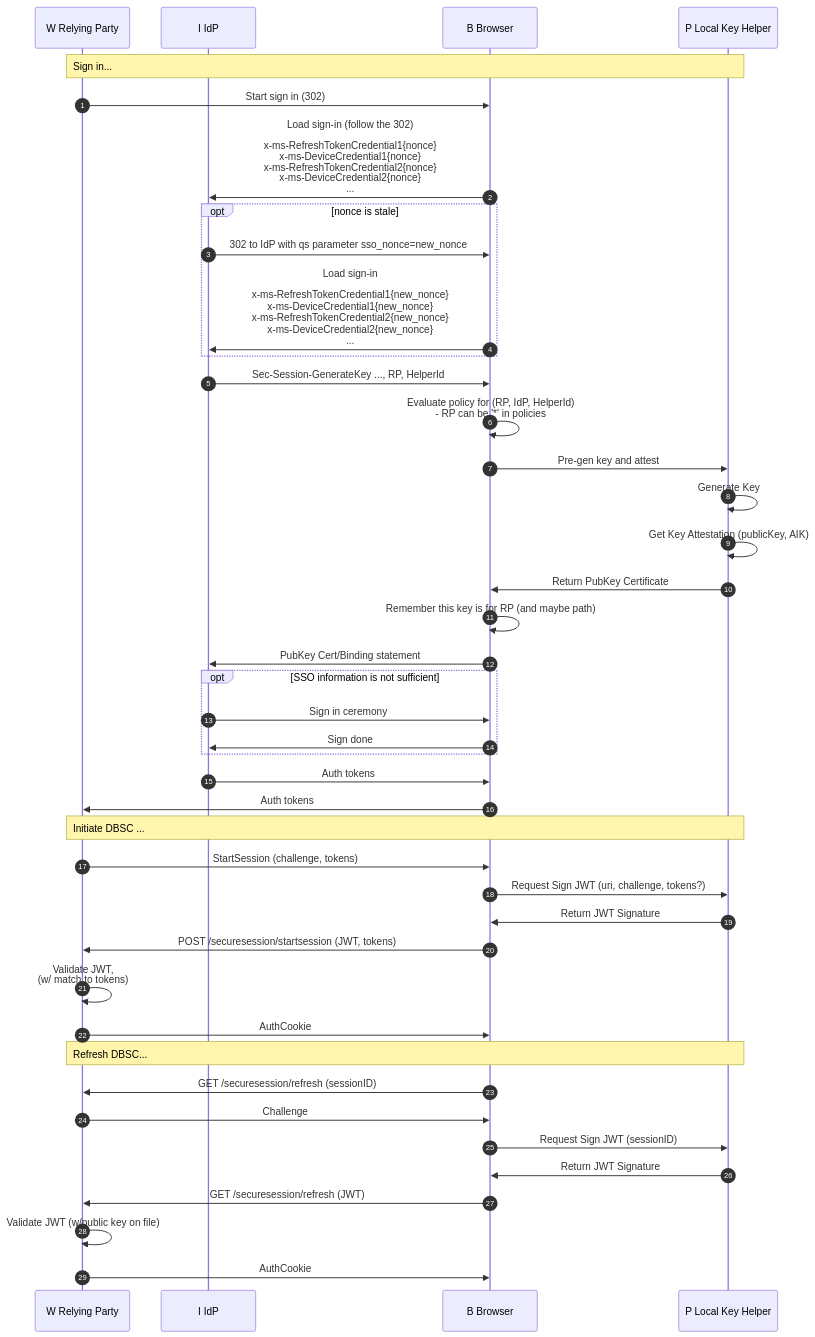
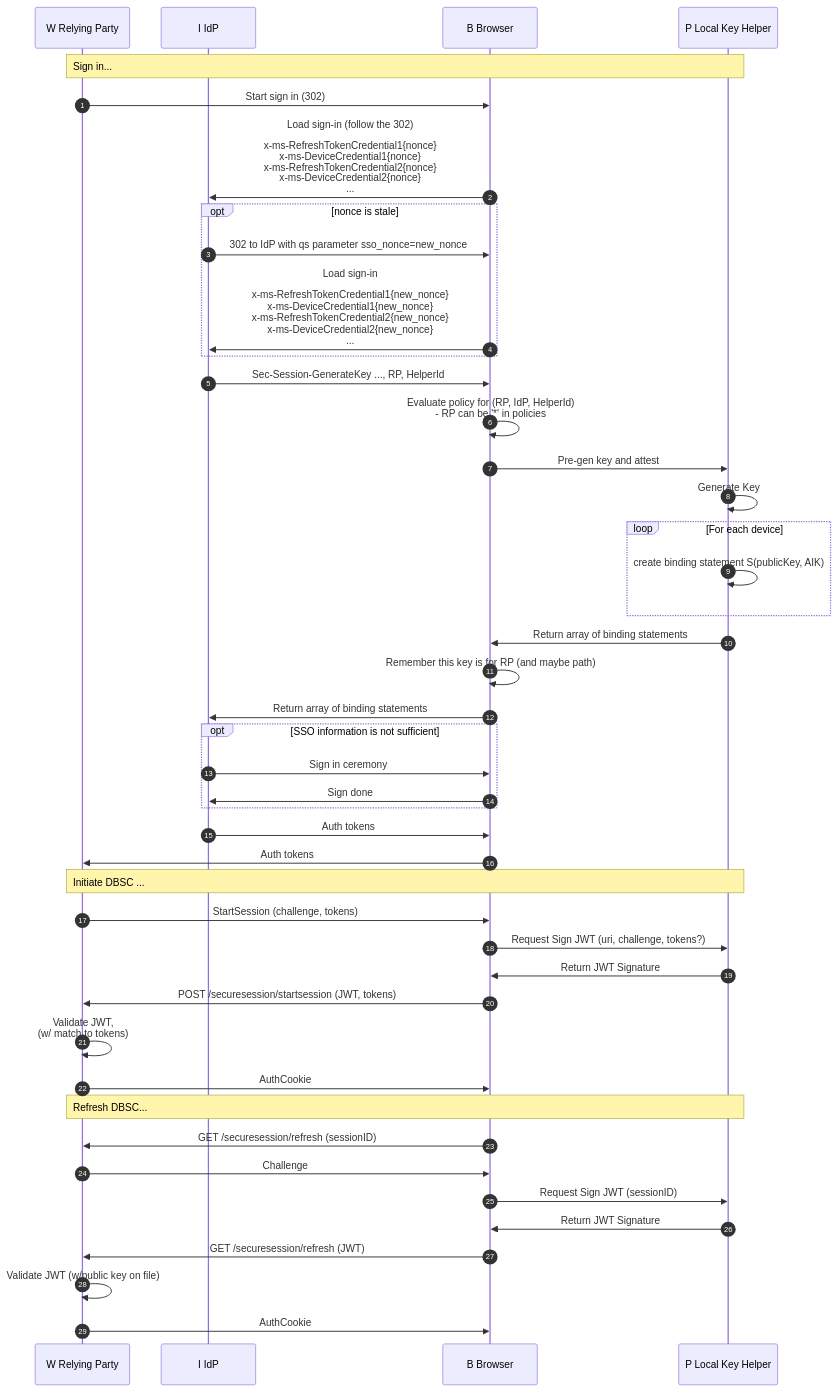
Before and after one commit to alextok/dbsc-discussions: the third of 9 diagrams in README.md, drawn with Mermaid.

Commit message:
Added loop per device

`````````diff
--- a/README.md
+++ b/README.md
@@ -71,55 +71,58 @@
 ```mermaid
 sequenceDiagram
 %%{ init: { 'sequence': { 'noteAlign': 'left'} } }%%
 autonumber 1
 participant W as W Relying Party
 participant I as I IdP
 participant B as B Browser
 participant P as P Local Key Helper
  
 Note over W, P: Sign in...
 W->>B: Start sign in (302)
 
 B->>I: Load sign-in (follow the 302)<br/><br/>x-ms-RefreshTokenCredential1{nonce}<br/>x-ms-DeviceCredential1{nonce}<br/> x-ms-RefreshTokenCredential2{nonce}<br/> x-ms-DeviceCredential2{nonce}<br/>...
 
 opt nonce is stale
 I->>B: 302 to IdP with qs parameter sso_nonce=new_nonce
 B->>I: Load sign-in<br/><br/>x-ms-RefreshTokenCredential1{new_nonce}<br/>x-ms-DeviceCredential1{new_nonce}<br/> x-ms-RefreshTokenCredential2{new_nonce}<br/> x-ms-DeviceCredential2{new_nonce}<br/>...
 end
 
 I->>B: Sec-Session-GenerateKey ..., RP, HelperId
 B->>B: Evaluate policy for (RP, IdP, HelperId)<br/> - RP can be '*' in policies
 B->>P: Pre-gen key and attest
  
 P->>P: Generate Key
  
-P->>P: Get Key Attestation (publicKey, AIK)
-P->>B: Return PubKey Certificate
+loop For each device
+P->>P: create binding statement S(publicKey, AIK)
+end
+
+P->>B: Return array of binding statements
 B->>B: Remember this key is for RP (and maybe path)
-B->>I: PubKey Cert/Binding statement
+B->>I: Return array of binding statements
 
 opt SSO information is not sufficient 
 I->>B: Sign in ceremony
 B->>I: Sign done
 end
  
 I->>B: Auth tokens
 B->>W: Auth tokens
  
 Note over W, P: Initiate DBSC ...
 W->>B: StartSession (challenge, tokens)
 B->>P: Request Sign JWT (uri, challenge, tokens?)
 P->>B: Return JWT Signature
 B->>W: POST /securesession/startsession (JWT, tokens)
 W->>W: Validate JWT, <br/>(w/ match to tokens)
 W->>B: AuthCookie
 
 Note over W, P: Refresh DBSC...
 B->>W: GET /securesession/refresh (sessionID)
 W->>B: Challenge
 B->>P: Request Sign JWT (sessionID)
 P->>B: Return JWT Signature
 B->>W: GET /securesession/refresh (JWT)
 W->>W: Validate JWT (w/public key on file)
 W->>B: AuthCookie
 ````````
`````````
